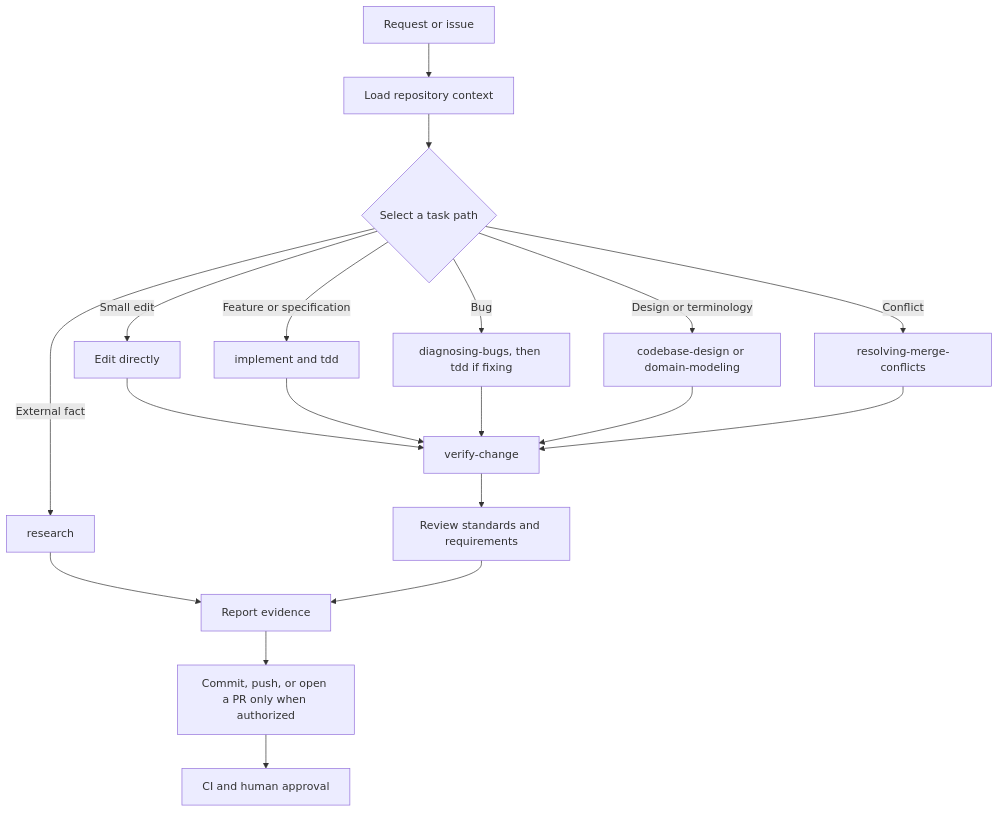
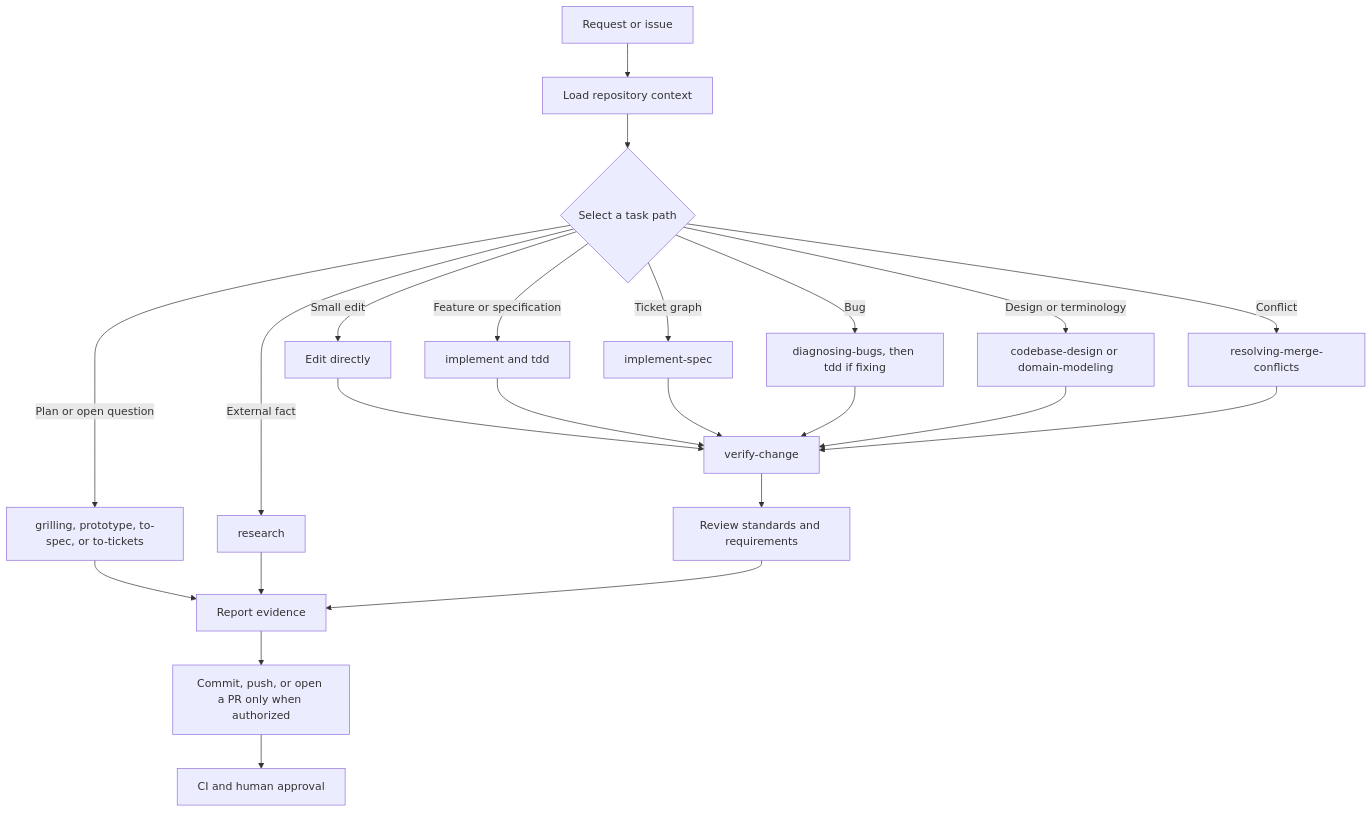
One commit to EngageMedia-video/cinematacms changed the diagram in docs/technical/agentic-workflow.md. Above: the diagram before and after it, drawn with Mermaid. The commit also changed other lines of this file and 33 other files, not shown here.

````diff
--- a/docs/technical/agentic-workflow.md
+++ b/docs/technical/agentic-workflow.md
@@ -11,21 +11,25 @@
 ```mermaid
 flowchart TD
 	request[Request or issue] --> context[Load repository context]
 	context --> path{Select a task path}
 	path -->|Small edit| direct[Edit directly]
 	path -->|Feature or specification| implement[implement and tdd]
+	path -->|Plan or open question| plan[grilling, prototype, to-spec, or to-tickets]
+	path -->|Ticket graph| tickets[implement-spec]
 	path -->|Bug| diagnose[diagnosing-bugs, then tdd if fixing]
 	path -->|Design or terminology| design[codebase-design or domain-modeling]
 	path -->|External fact| research[research]
 	path -->|Conflict| conflict[resolving-merge-conflicts]
 	direct --> verify[verify-change]
 	implement --> verify
+	plan --> handoff
+	tickets --> verify
 	diagnose --> verify
 	design --> verify
 	research --> handoff[Report evidence]
 	conflict --> verify
 	verify --> review[Review standards and requirements]
 	review --> handoff
 	handoff --> delivery[Commit, push, or open a PR only when authorized]
 	delivery --> ci[CI and human approval]
 ```
````
